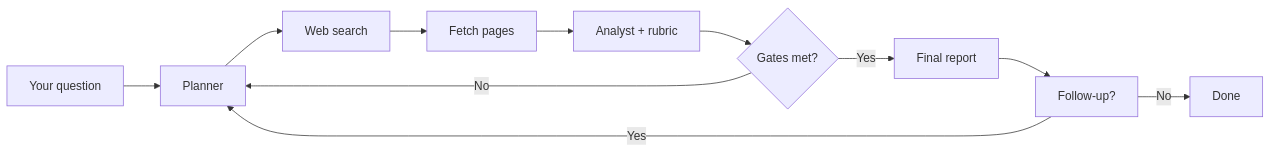
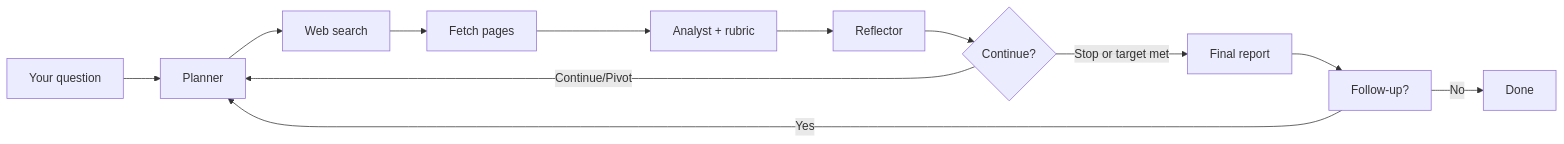
One commit to LuizEduPP/solid changed the diagram in README.md. Above: the diagram before and after it, drawn with Mermaid. The commit also changed other lines of this file, not shown here.

````diff
--- a/README.md
+++ b/README.md
@@ -139,13 +147,14 @@
 ```mermaid
 flowchart LR
   A[Your question] --> B[Planner]
   B --> C[Web search]
   C --> D[Fetch pages]
   D --> E[Analyst + rubric]
-  E --> F{Gates met?}
-  F -->|No| B
-  F -->|Yes| G[Final report]
-  G --> H[Follow-up?]
-  H -->|Yes| B
-  H -->|No| I[Done]
+  E --> F[Reflector]
+  F --> G{Continue?}
+  G -->|Continue/Pivot| B
+  G -->|Stop or target met| H[Final report]
+  H --> I[Follow-up?]
+  I -->|Yes| B
+  I -->|No| J[Done]
 ```
````
